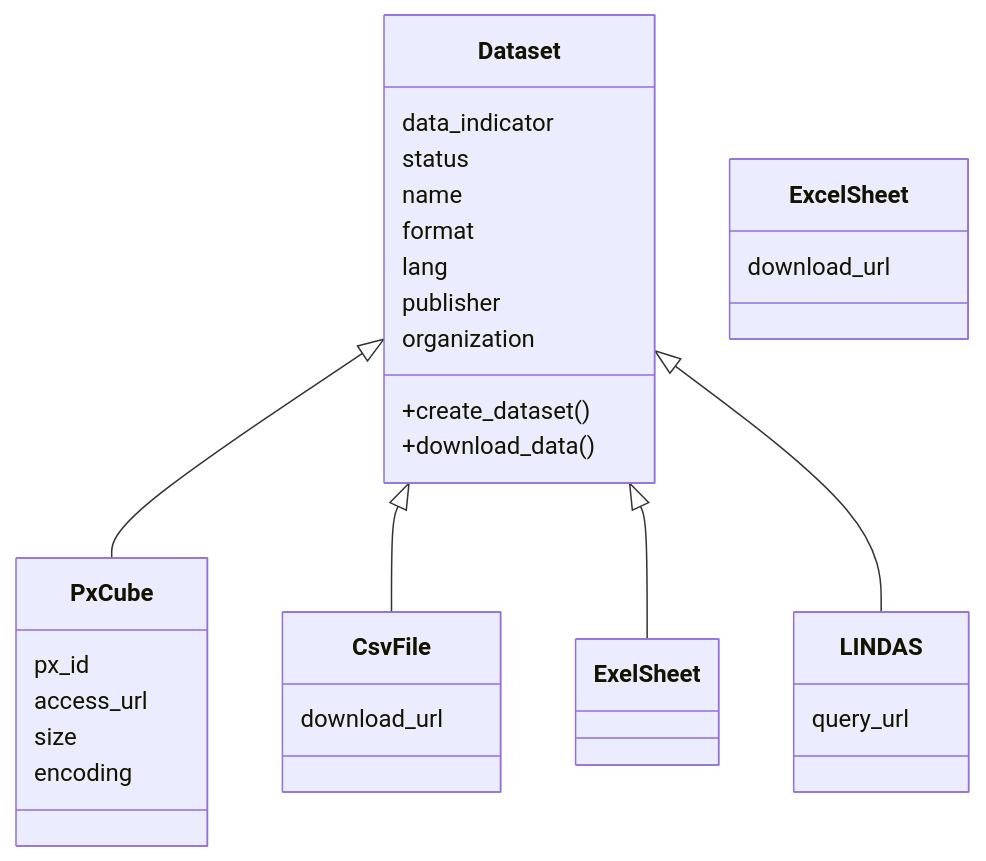
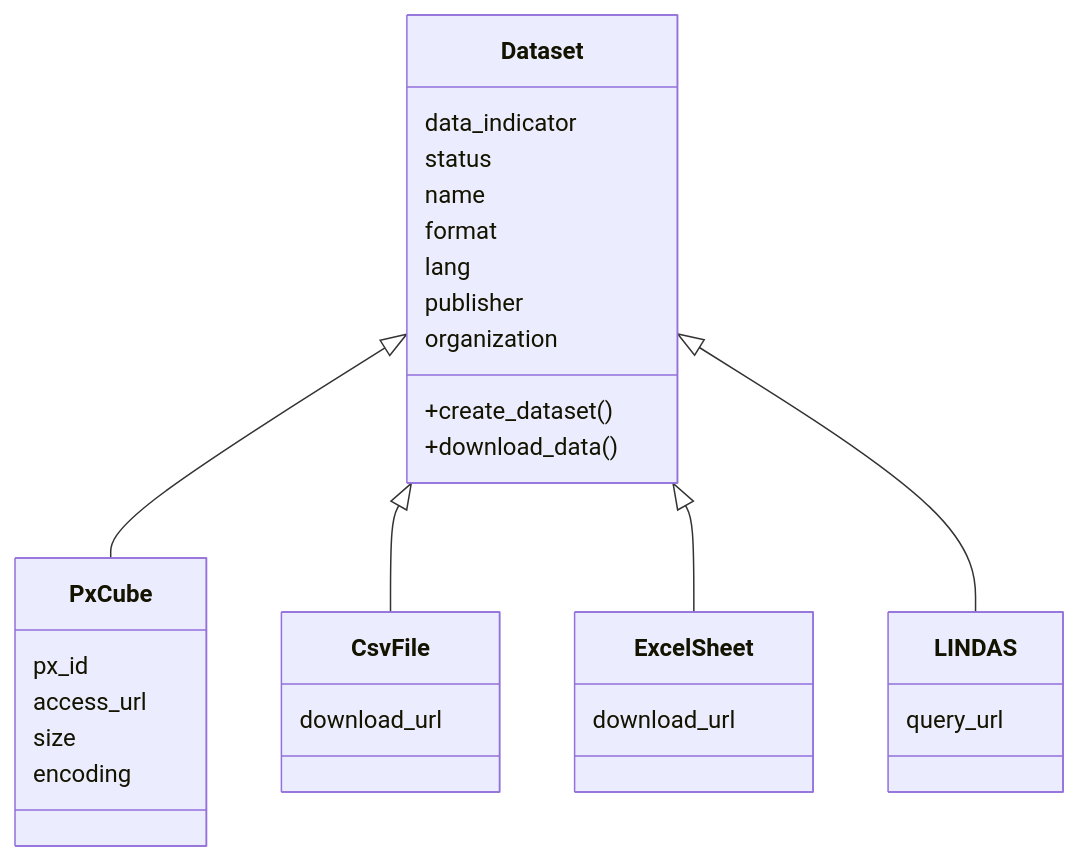
The second of 3 diagrams in README.md (statistikZH/statbotData), drawn with Mermaid before and after one commit.

Commit message:
docs(README.md): fix spelling in class diagram

````diff
--- a/README.md
+++ b/README.md
@@ -43,31 +43,31 @@
 ```mermaid
 classDiagram
     Dataset <|-- PxCube
     Dataset <|-- CsvFile
-    Dataset <|-- ExelSheet
+    Dataset <|-- ExcelSheet
     Dataset <|-- LINDAS
     Dataset : data_indicator
     Dataset : status
     Dataset : name
     Dataset : format
     Dataset : lang
     Dataset : publisher
     Dataset : organization
     Dataset: +create_dataset()
     Dataset: +download_data()
     class PxCube{
       px_id
       access_url
       size
       encoding
     }
     class CsvFile{
       download_url
     }
     class ExcelSheet{
       download_url
     }   
     class LINDAS{
       query_url
     }
 ```
````
